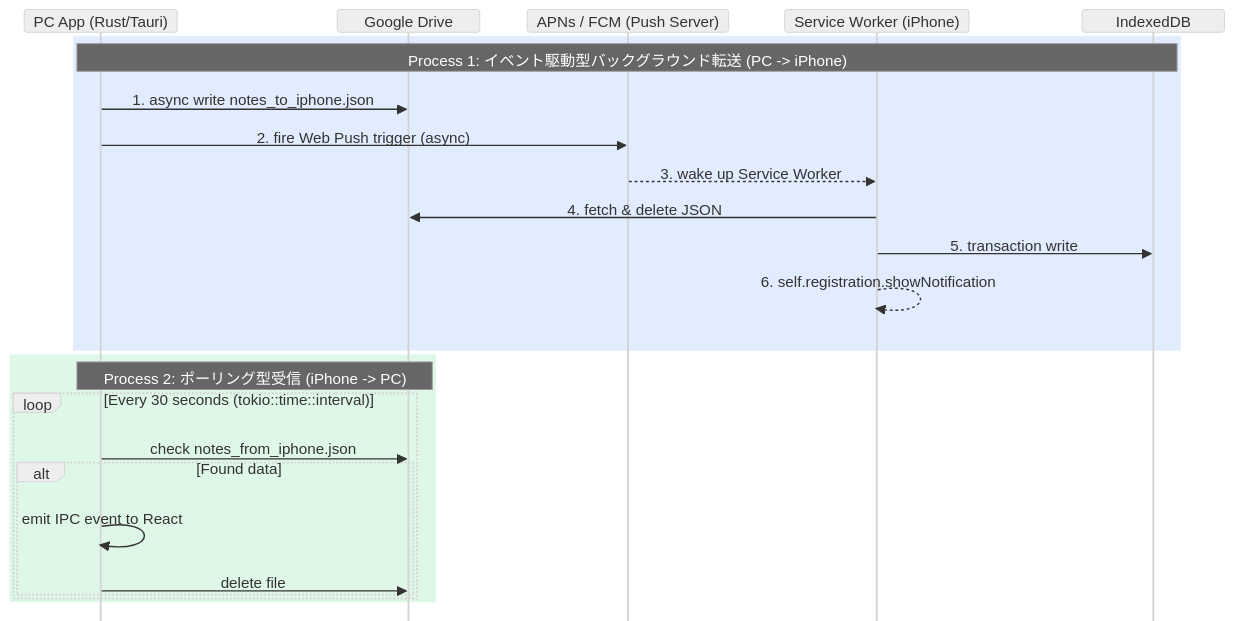
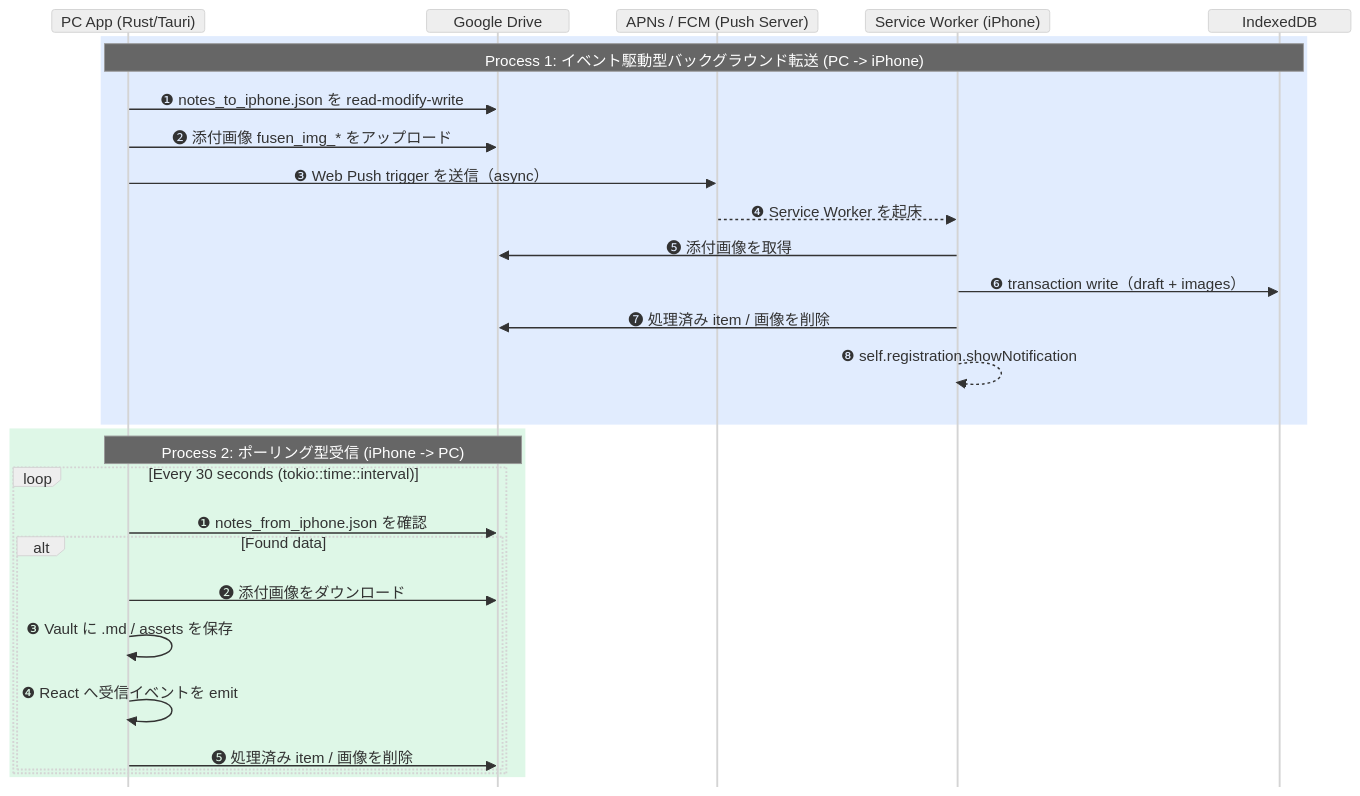
The second of 3 diagrams in docs-v2/006_ARCHITECTURE.md (ore-no-fusen/ore-no-fusen), drawn with Mermaid (neutral theme) before and after one commit. The commit also changed other lines of this file and 32 other files, not shown here.

````diff
--- a/docs-v2/006_ARCHITECTURE.md
+++ b/docs-v2/006_ARCHITECTURE.md
@@ -85,30 +89,34 @@
 ```mermaid
 %%{init: {'sequence': {'messageMargin': 8, 'mirrorActors': false, 'height': 24, 'boxMargin': 4, 'noteMargin': 6}}}%%
 sequenceDiagram
     participant PC as PC App (Rust/Tauri)
     participant Drive as Google Drive
     participant Push as APNs / FCM (Push Server)
     participant SW as Service Worker (iPhone)
     participant IDB as IndexedDB
     
     rect rgba(59, 130, 246, 0.15)
     Note over PC,IDB: Process 1: イベント駆動型バックグラウンド転送 (PC -> iPhone)
-    PC->>Drive: 1. async write notes_to_iphone.json
-    PC->>Push: 2. fire Web Push trigger (async)
-    Push-->>SW: 3. wake up Service Worker
-    SW->>Drive: 4. fetch & delete JSON
-    SW->>IDB: 5. transaction write
-    SW-->>SW: 6. self.registration.showNotification
+    PC->>Drive: ❶ notes_to_iphone.json を read-modify-write
+    PC->>Drive: ❷ 添付画像 fusen_img_* をアップロード
+    PC->>Push: ❸ Web Push trigger を送信（async）
+    Push-->>SW: ❹ Service Worker を起床
+    SW->>Drive: ❺ 添付画像を取得
+    SW->>IDB: ❻ transaction write（draft + images）
+    SW->>Drive: ❼ 処理済み item / 画像を削除
+    SW-->>SW: ❽ self.registration.showNotification
     end
 
     rect rgba(34, 197, 94, 0.15)
     Note over PC,Drive: Process 2: ポーリング型受信 (iPhone -> PC)
     loop Every 30 seconds (tokio::time::interval)
-        PC->>Drive: check notes_from_iphone.json
+        PC->>Drive: ❶ notes_from_iphone.json を確認
         alt Found data
-            PC->>PC: emit IPC event to React
-            PC->>Drive: delete file
+            PC->>Drive: ❷ 添付画像をダウンロード
+            PC->>PC: ❸ Vault に .md / assets を保存
+            PC->>PC: ❹ React へ受信イベントを emit
+            PC->>Drive: ❺ 処理済み item / 画像を削除
         end
     end
     end
 ```
````
